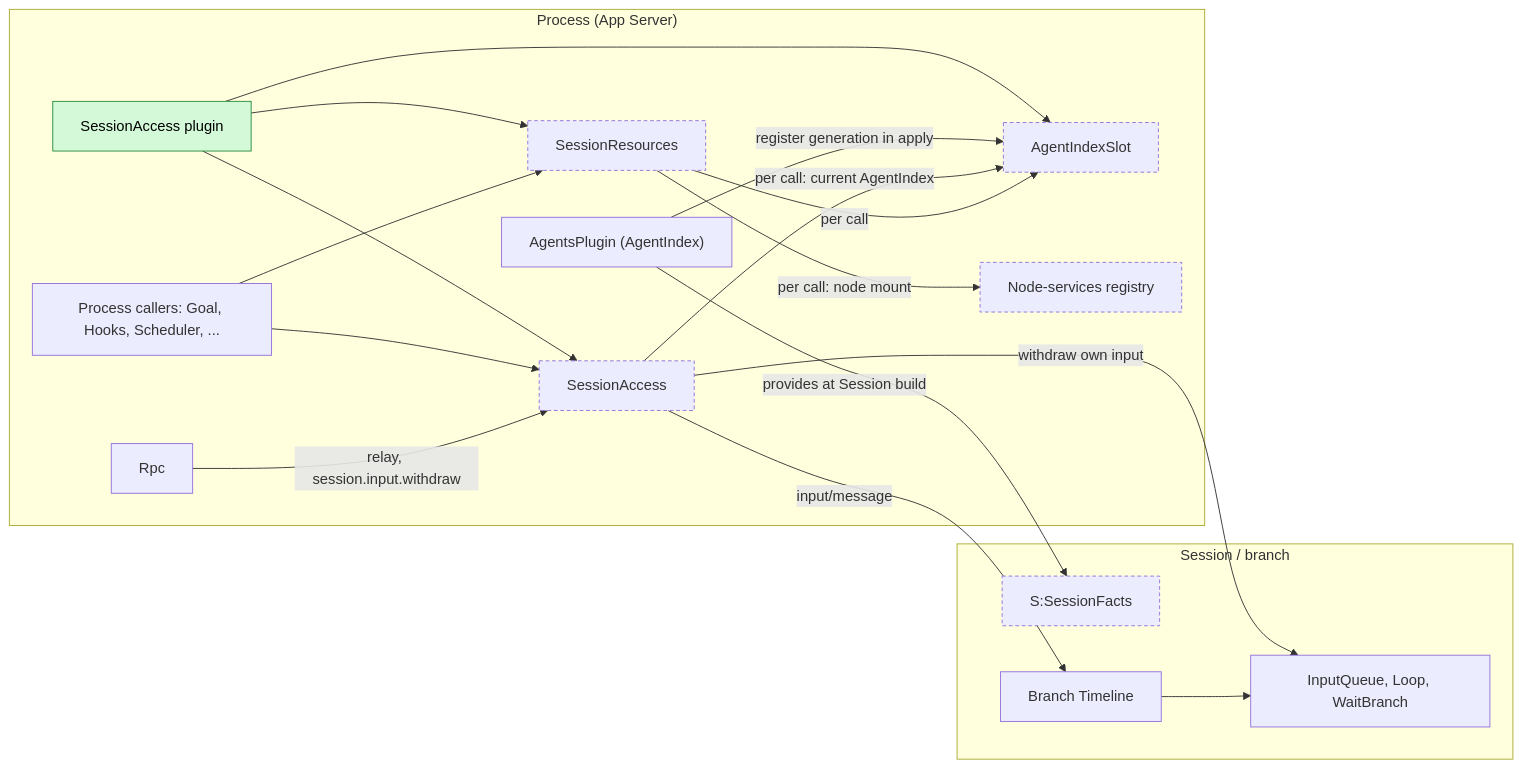
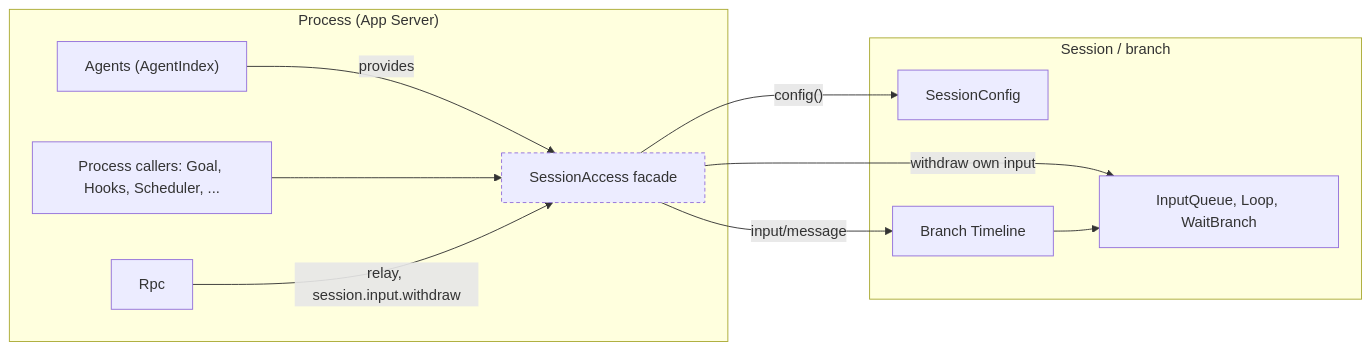
Before and after one commit to CoutinhoTTS/dim-agent: the first of 6 diagrams in docs/design/contracts/session-access.md, drawn with Mermaid. The commit also changed other lines of this file and 4 other files, not shown here.

````diff
--- a/docs/design/contracts/session-access.md
+++ b/docs/design/contracts/session-access.md
@@ -9,34 +9,22 @@
 ```mermaid
 flowchart LR
   subgraph PROC["Process (App Server)"]
-    SAP["SessionAccess plugin"]:::new
-    Slot["AgentIndexSlot"]:::contract
-    SA["SessionAccess"]:::contract
-    SRes["SessionResources"]:::contract
-    NReg["Node-services registry"]:::contract
-    Agents["AgentsPlugin (AgentIndex)"]
+    Agents["Agents (AgentIndex)"]
+    SA["SessionAccess facade"]:::contract
     Rpc["Rpc"]
     Callers["Process callers: Goal, Hooks, Scheduler, ..."]
   end
   subgraph SESS["Session / branch"]
-    SF["S:SessionFacts"]:::contract
+    SC["SessionConfig"]
     IQ["InputQueue, Loop, WaitBranch"]
     TL["Branch Timeline"]
   end
-  SAP --> Slot
-  SAP --> SA
-  SAP --> SRes
-  Agents -->|"register generation in apply"| Slot
-  SA -->|"per call: current AgentIndex"| Slot
-  SRes -->|"per call"| Slot
-  SRes -->|"per call: node mount"| NReg
+  Agents -->|"provides"| SA
   Callers --> SA
-  Callers --> SRes
   Rpc -->|"relay, session.input.withdraw"| SA
+  SA -->|"config()"| SC
   SA -->|"input/message"| TL
   SA -->|"withdraw own input"| IQ
-  Agents -->|"provides at Session build"| SF
   TL --> IQ
-  classDef new fill:#d3f9d8,stroke:#2b8a3e,color:#000
   classDef contract stroke-dasharray:4 3
 ```
````
